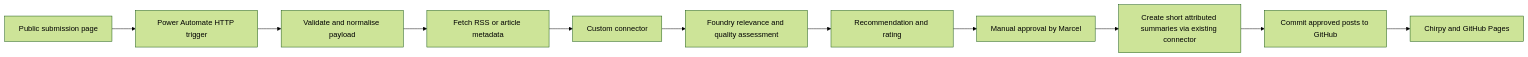
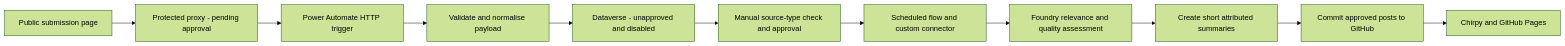
The diagram in 2026-09-18_architektur_submission_moderation.md (MarceLehmann/powerplatformgovernance), drawn with Mermaid (forest theme) before and after one commit. The commit also changed other lines of this file and 11 other files, not shown here.

````diff
--- a/2026-09-18_architektur_submission_moderation.md
+++ b/2026-09-18_architektur_submission_moderation.md
@@ -11,13 +11,13 @@
 ```mermaid
 flowchart LR
-    A[Public submission page] --> B[Power Automate HTTP trigger]
+    A[Public submission page] --> P[Protected proxy - pending approval]
+    P --> B[Power Automate HTTP trigger]
     B --> C[Validate and normalise payload]
-    C --> D[Fetch RSS or article metadata]
-    D --> E[Custom connector]
+    C --> D[Dataverse - unapproved and disabled]
+    D --> H[Manual source-type check and approval]
+    H --> E[Scheduled flow and custom connector]
     E --> F[Foundry relevance and quality assessment]
-    F --> G[Recommendation and rating]
-    G --> H[Manual approval by Marcel]
-    H --> I[Create short attributed summaries via existing connector]
+    F --> I[Create short attributed summaries]
     I --> J[Commit approved posts to GitHub]
     J --> K[Chirpy and GitHub Pages]
 ```
````
